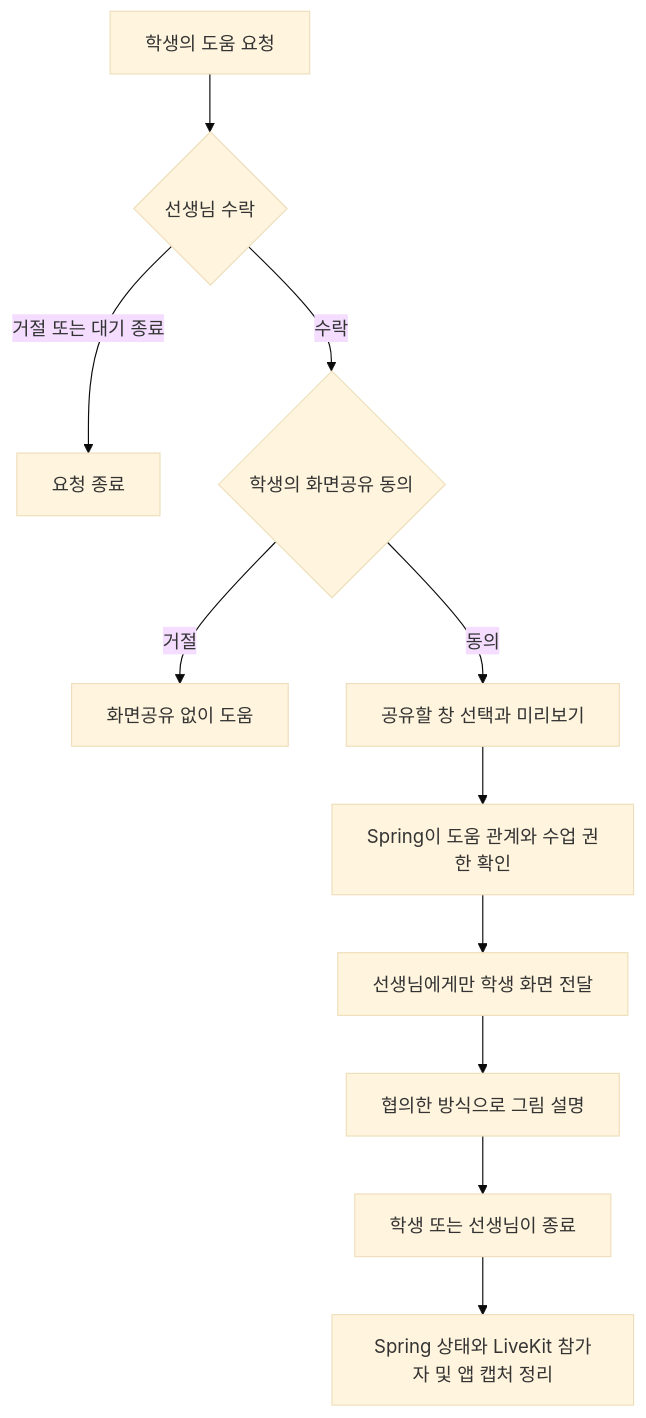
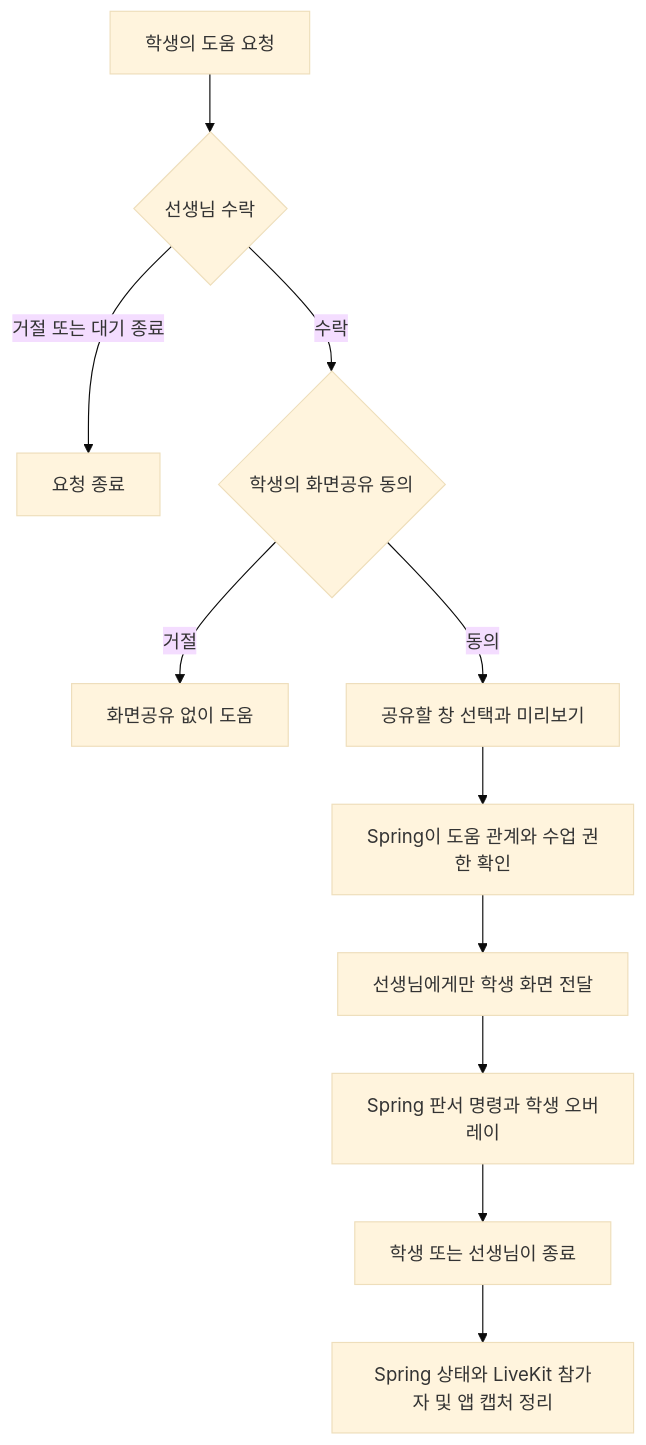
One commit to JephyrWing/project_tutipal changed the fourth of 4 diagrams in docs/TUTIPAL_DESIGN.md. Above: the diagram before and after it, drawn with Mermaid (base theme). The commit also changed other lines of this file and 2 other files, not shown here.

````diff
--- a/docs/TUTIPAL_DESIGN.md
+++ b/docs/TUTIPAL_DESIGN.md
@@ -496,13 +497,13 @@
 ```mermaid
 flowchart TD
     Ask["학생의 도움 요청"] --> Accept{"선생님 수락"}
     Accept -->|"거절 또는 대기 종료"| WaitEnd["요청 종료"]
     Accept -->|"수락"| Consent{"학생의 화면공유 동의"}
     Consent -->|"거절"| NoShare["화면공유 없이 도움"]
     Consent -->|"동의"| Pick["공유할 창 선택과 미리보기"]
     Pick --> Gate["Spring이 도움 관계와 수업 권한 확인"]
     Gate --> Help["선생님에게만 학생 화면 전달"]
-    Help --> Draw["협의한 방식으로 그림 설명"]
+    Help --> Draw["Spring 판서 명령과 학생 오버레이"]
     Draw --> Stop["학생 또는 선생님이 종료"]
     Stop --> Clean["Spring 상태와 LiveKit 참가자 및 앱 캡처 정리"]
 ```
````
